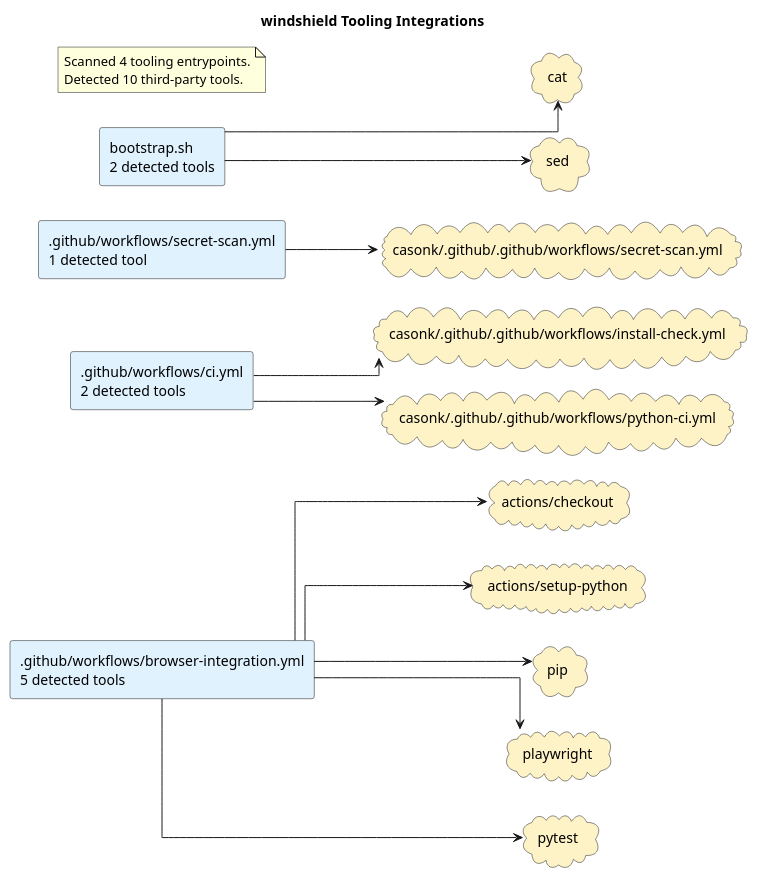
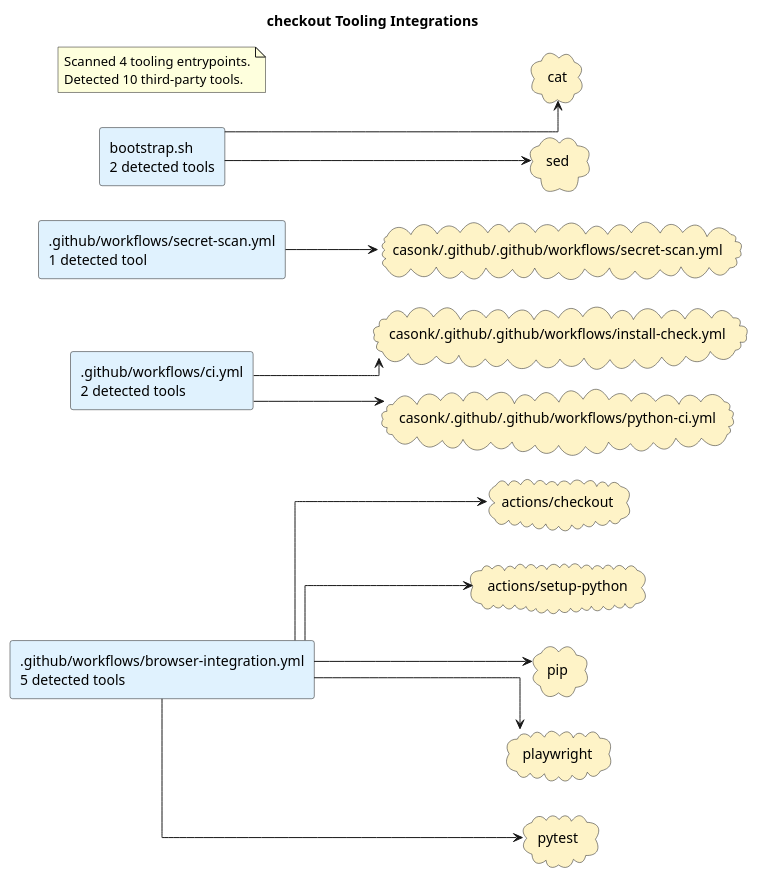
Before and after one commit to casonk/windshield: the diagram in docs/diagrams/tooling-integrations.puml, drawn with PlantUML. The commit also changed 9 other files, not shown here.

Commit message:
docs: refresh generated architecture diagrams (#20)

```diff
--- a/docs/diagrams/tooling-integrations.puml
+++ b/docs/diagrams/tooling-integrations.puml
@@ -1,36 +1,36 @@
 @startuml
-title windshield Tooling Integrations
+title checkout Tooling Integrations
 left to right direction
 skinparam shadowing false
 skinparam defaultFontName Monospace
 skinparam componentStyle rectangle
 skinparam linetype ortho
 rectangle ".github/workflows/browser-integration.yml\n5 detected tools" as source_github_workflows_browser_integration_yml #E0F2FE
 rectangle ".github/workflows/ci.yml\n2 detected tools" as source_github_workflows_ci_yml #E0F2FE
 rectangle ".github/workflows/secret-scan.yml\n1 detected tool" as source_github_workflows_secret_scan_yml #E0F2FE
 rectangle "bootstrap.sh\n2 detected tools" as source_bootstrap_sh #E0F2FE
 cloud "actions/checkout" as tool_actions_checkout #FEF3C7
 cloud "actions/setup-python" as tool_actions_setup_python #FEF3C7
 cloud "casonk/.github/.github/workflows/install-check.yml" as tool_casonk_github_github_workflows_install_check_yml #FEF3C7
 cloud "casonk/.github/.github/workflows/python-ci.yml" as tool_casonk_github_github_workflows_python_ci_yml #FEF3C7
 cloud "casonk/.github/.github/workflows/secret-scan.yml" as tool_casonk_github_github_workflows_secret_scan_yml #FEF3C7
 cloud "cat" as tool_cat #FEF3C7
 cloud "pip" as tool_pip #FEF3C7
 cloud "playwright" as tool_playwright #FEF3C7
 cloud "pytest" as tool_pytest #FEF3C7
 cloud "sed" as tool_sed #FEF3C7
 source_github_workflows_browser_integration_yml --> tool_actions_checkout
 source_github_workflows_browser_integration_yml --> tool_actions_setup_python
 source_github_workflows_browser_integration_yml --> tool_pip
 source_github_workflows_browser_integration_yml --> tool_playwright
 source_github_workflows_browser_integration_yml --> tool_pytest
 source_github_workflows_ci_yml --> tool_casonk_github_github_workflows_install_check_yml
 source_github_workflows_ci_yml --> tool_casonk_github_github_workflows_python_ci_yml
 source_github_workflows_secret_scan_yml --> tool_casonk_github_github_workflows_secret_scan_yml
 source_bootstrap_sh --> tool_cat
 source_bootstrap_sh --> tool_sed
 note as toolingGraphSummary
 Scanned 4 tooling entrypoints.
 Detected 10 third-party tools.
 end note
 @enduml
```
